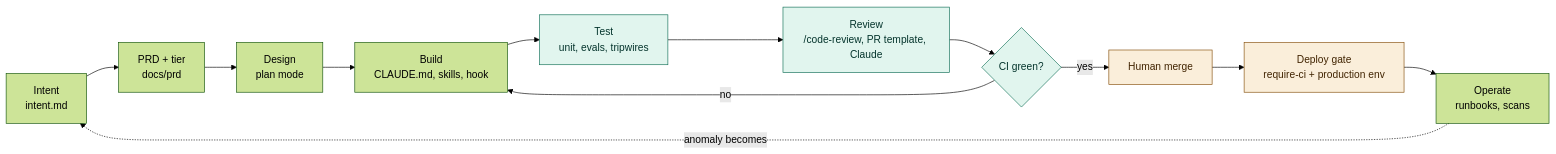
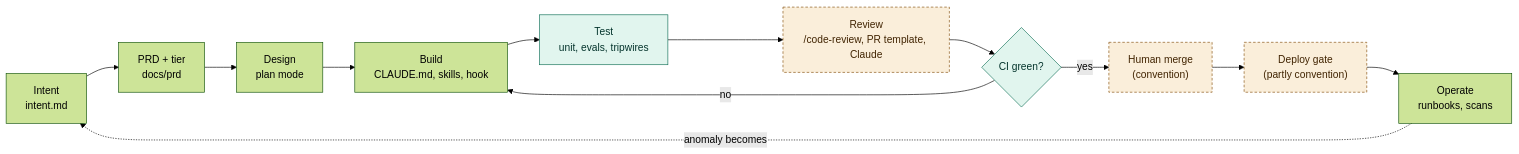
One commit to balureddy003/LifeKeel changed the first of 5 diagrams in docs/ai-native-sdlc-playbook.md. Above: the diagram before and after it, drawn with Mermaid (forest theme). The commit also changed other lines of this file and 8 other files, not shown here.

````diff
--- a/docs/ai-native-sdlc-playbook.md
+++ b/docs/ai-native-sdlc-playbook.md
@@ -34,18 +51,19 @@
 ```mermaid
 flowchart LR
   I["Intent<br/>intent.md"] --> P["PRD + tier<br/>docs/prd"]
   P --> D["Design<br/>plan mode"]
   D --> B["Build<br/>CLAUDE.md, skills, hook"]
   B --> T["Test<br/>unit, evals, tripwires"]
   T --> R["Review<br/>/code-review, PR template, Claude"]
   R --> C{"CI green?"}
   C -- no --> B
-  C -- yes --> M["Human merge"]
-  M --> G["Deploy gate<br/>require-ci + production env"]
+  C -- yes --> M["Human merge<br/>(convention)"]
+  M --> G["Deploy gate<br/>(partly convention)"]
   G --> O["Operate<br/>runbooks, scans"]
   O -. anomaly becomes .-> I
-  classDef human fill:#FAEEDA,stroke:#854F0B,color:#412402
+  classDef human fill:#FAEEDA,stroke:#854F0B,color:#412402,stroke-dasharray:4 3
   classDef auto fill:#E1F5EE,stroke:#0F6E56,color:#04342C
   class M,G human
-  class T,C,R auto
+  class T,C auto
+  class R human
 ```
````
